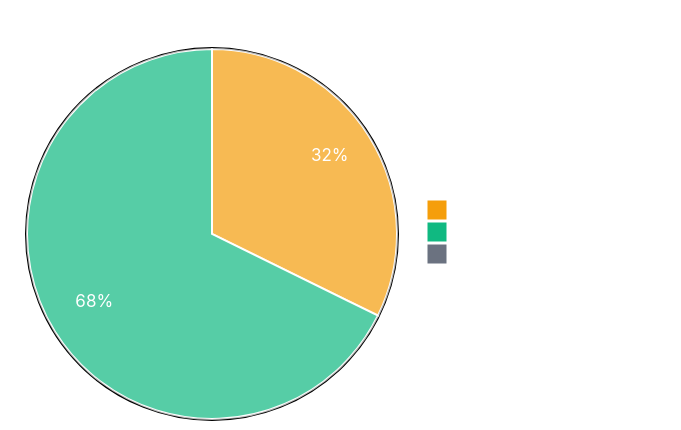
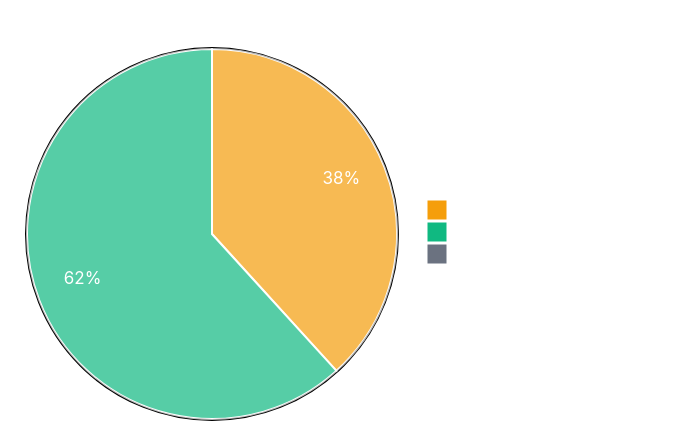
The first of 4 diagrams in Documentation/SynthoTec-4D/Overview.md (synthotec/synthotec.github.io), drawn with Mermaid before and after one commit. The commit also changed other lines of this file, not shown here.

````diff
--- a/Documentation/SynthoTec-4D/Overview.md
+++ b/Documentation/SynthoTec-4D/Overview.md
@@ -18,7 +18,7 @@
 ```mermaid
 %%{init: {'theme':'base', 'themeVariables': {'pieStrokeColor': '#ffffff', 'pieStrokeWidth': '2px', 'primaryColor': '#f59e0b', 'primaryTextColor': '#fff', 'primaryBorderColor': '#000', 'secondaryColor': '#10b981', 'secondaryTextColor': '#fff', 'secondaryBorderColor': '#000', 'tertiaryColor': '#6b7280', 'tertiaryTextColor': '#fff', 'tertiaryBorderColor': '#000'}}}%%
 pie showData title Documentation Completion Status
-    "Fully Documented" : 141
-    "Partially Documented" : 296
+    "Fully Documented" : 166
+    "Partially Documented" : 268
     "Not Started" : 0
 ```
````
